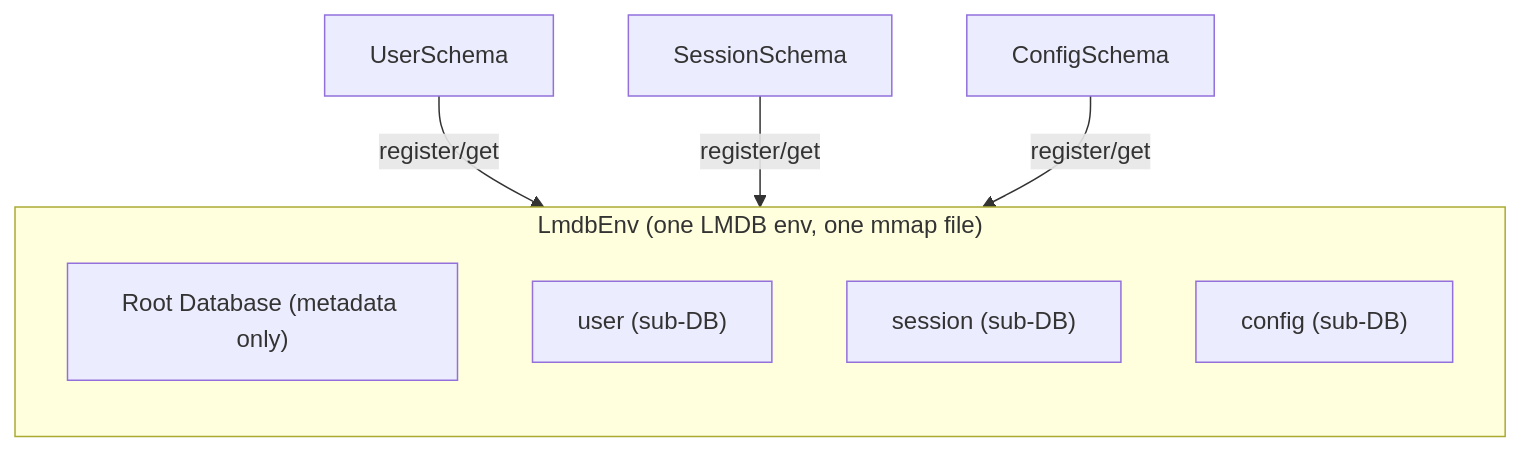
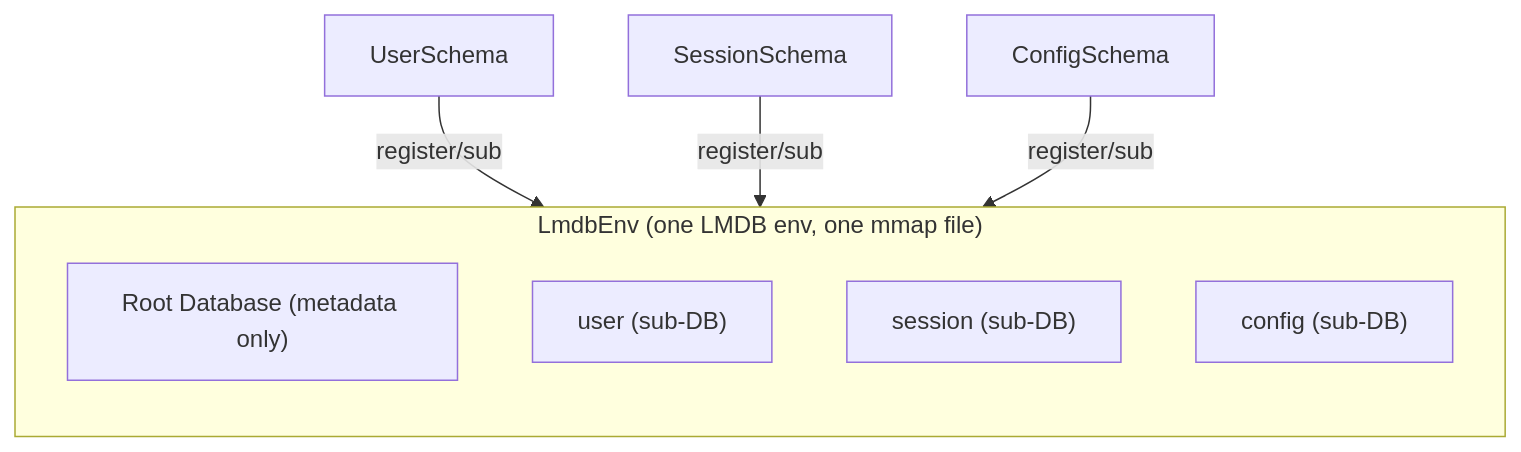
One commit to gramstax/gramstax changed the diagram in packages/lmdb/README.md. Above: the diagram before and after it, drawn with Mermaid. The commit also changed other lines of this file and 98 other files, not shown here.

````diff
--- a/packages/lmdb/README.md
+++ b/packages/lmdb/README.md
@@ -113,14 +115,14 @@
 ```mermaid
 flowchart TB
     subgraph Env["LmdbEnv (one LMDB env, one mmap file)"]
         direction TB
         Root["Root Database (metadata only)"]
         Users["user (sub-DB)"]
         Sessions["session (sub-DB)"]
         Config["config (sub-DB)"]
     end
 
-    UserSchema -->|register/get| Users
-    SessionSchema -->|register/get| Sessions
-    ConfigSchema -->|register/get| Config
+    UserSchema -->|register/sub| Users
+    SessionSchema -->|register/sub| Sessions
+    ConfigSchema -->|register/sub| Config
 ```
````
